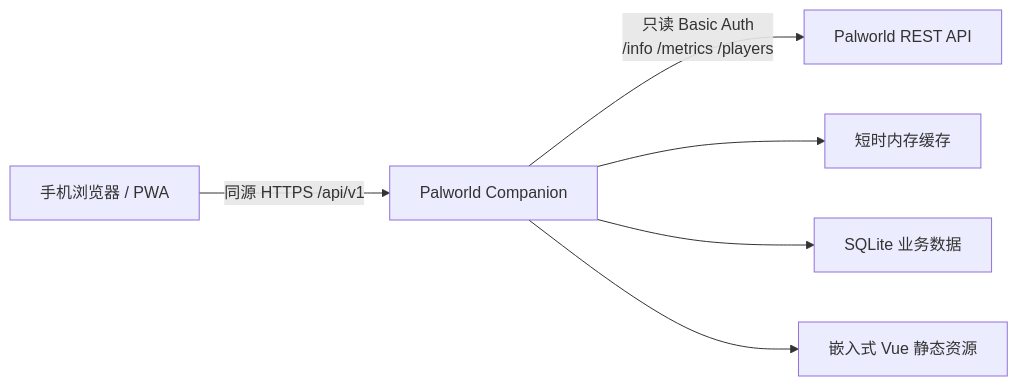
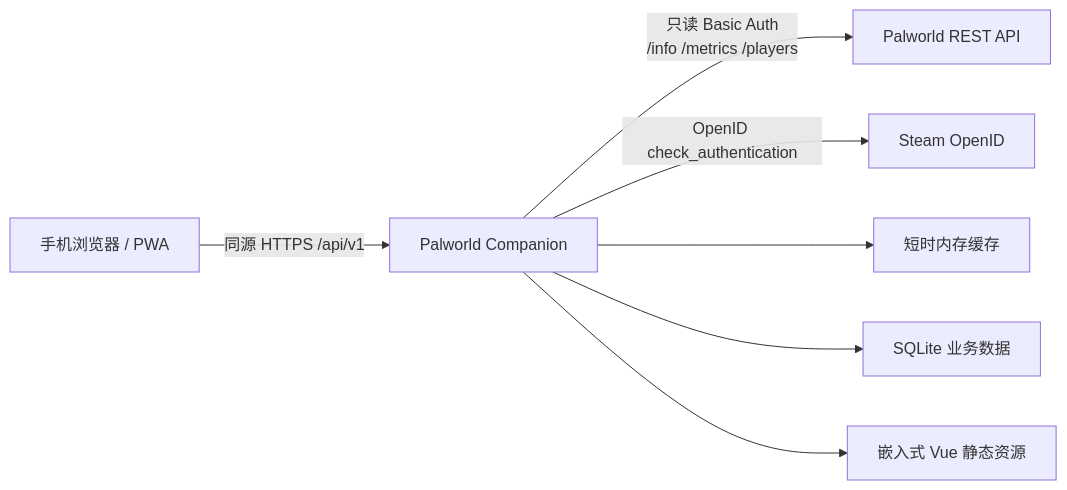
Before and after one commit to dlcwshi/palworld-companion: the diagram in docs/architecture.md, drawn with Mermaid. The commit also changed other lines of this file and 3 other files, not shown here.

Commit message:
docs: document steam authentication and deployment

````diff
--- a/docs/architecture.md
+++ b/docs/architecture.md
@@ -5,8 +5,9 @@
 ```mermaid
 flowchart LR
     P["手机浏览器 / PWA"] -->|"同源 HTTPS /api/v1"| C["Palworld Companion"]
     C -->|"只读 Basic Auth<br/>/info /metrics /players"| R["Palworld REST API"]
+    C -->|"OpenID check_authentication"| O["Steam OpenID"]
     C --> M["短时内存缓存"]
 	C --> S["SQLite 业务数据"]
     C --> E["嵌入式 Vue 静态资源"]
 ```
````
